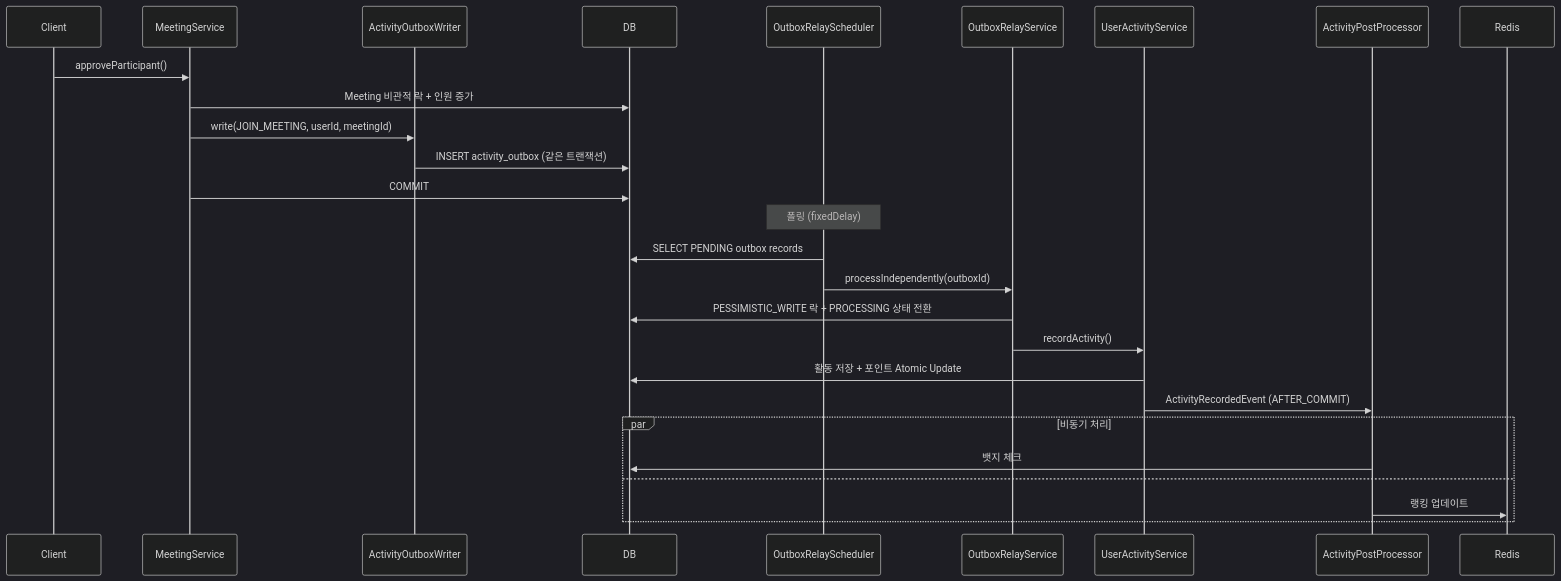
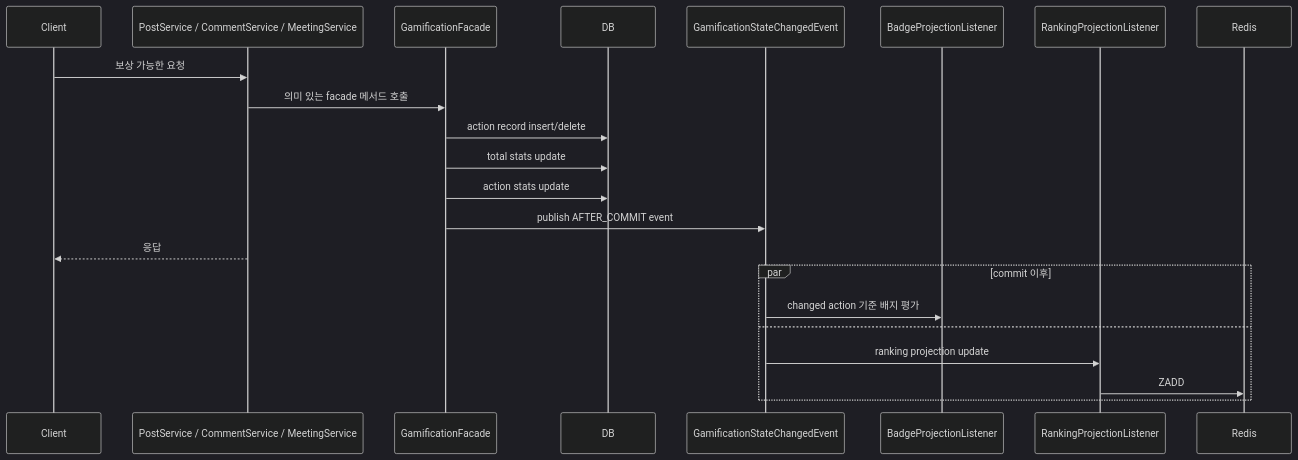
Before and after one commit to beginner0107/eventitta: the sixth of 9 diagrams in docs/ARCHITECTURE.md, drawn with Mermaid (dark theme). The commit also changed other lines of this file and 949 other files, not shown here.

````diff
--- a/docs/ARCHITECTURE.md
+++ b/docs/ARCHITECTURE.md
@@ -226,32 +316,26 @@
 ```mermaid
 sequenceDiagram
     participant Client
-    participant Service as MeetingService
-    participant Outbox as ActivityOutboxWriter
+    participant Domain as PostService / CommentService / MeetingService
+    participant Facade as GamificationFacade
     participant DB
-    participant Scheduler as OutboxRelayScheduler
-    participant Relay as OutboxRelayService
-    participant Activity as UserActivityService
-    participant Processor as ActivityPostProcessor
+    participant Event as GamificationStateChangedEvent
+    participant Badge as BadgeProjectionListener
+    participant Ranking as RankingProjectionListener
     participant Redis
 
-    Client->>Service: approveParticipant()
-    Service->>DB: Meeting 비관적 락 + 인원 증가
-    Service->>Outbox: write(JOIN_MEETING, userId, meetingId)
-    Outbox->>DB: INSERT activity_outbox (같은 트랜잭션)
-    Service->>DB: COMMIT
+    Client->>Domain: 보상 가능한 요청
+    Domain->>Facade: 의미 있는 facade 메서드 호출
+    Facade->>DB: action record insert/delete
+    Facade->>DB: total stats update
+    Facade->>DB: action stats update
+    Facade->>Event: publish AFTER_COMMIT event
+    Domain-->>Client: 응답
 
-    Note over Scheduler: 폴링 (fixedDelay)
-    Scheduler->>DB: SELECT PENDING outbox records
-    Scheduler->>Relay: processIndependently(outboxId)
-    Relay->>DB: PESSIMISTIC_WRITE 락 + PROCESSING 상태 전환
-    Relay->>Activity: recordActivity()
-    Activity->>DB: 활동 저장 + 포인트 Atomic Update
-    Activity->>Processor: ActivityRecordedEvent (AFTER_COMMIT)
-
-    par 비동기 처리
-        Processor->>DB: 뱃지 체크
+    par commit 이후
+        Event->>Badge: changed action 기준 배지 평가
     and
-        Processor->>Redis: 랭킹 업데이트
+        Event->>Ranking: ranking projection update
+        Ranking->>Redis: ZADD
     end
 ```
````
